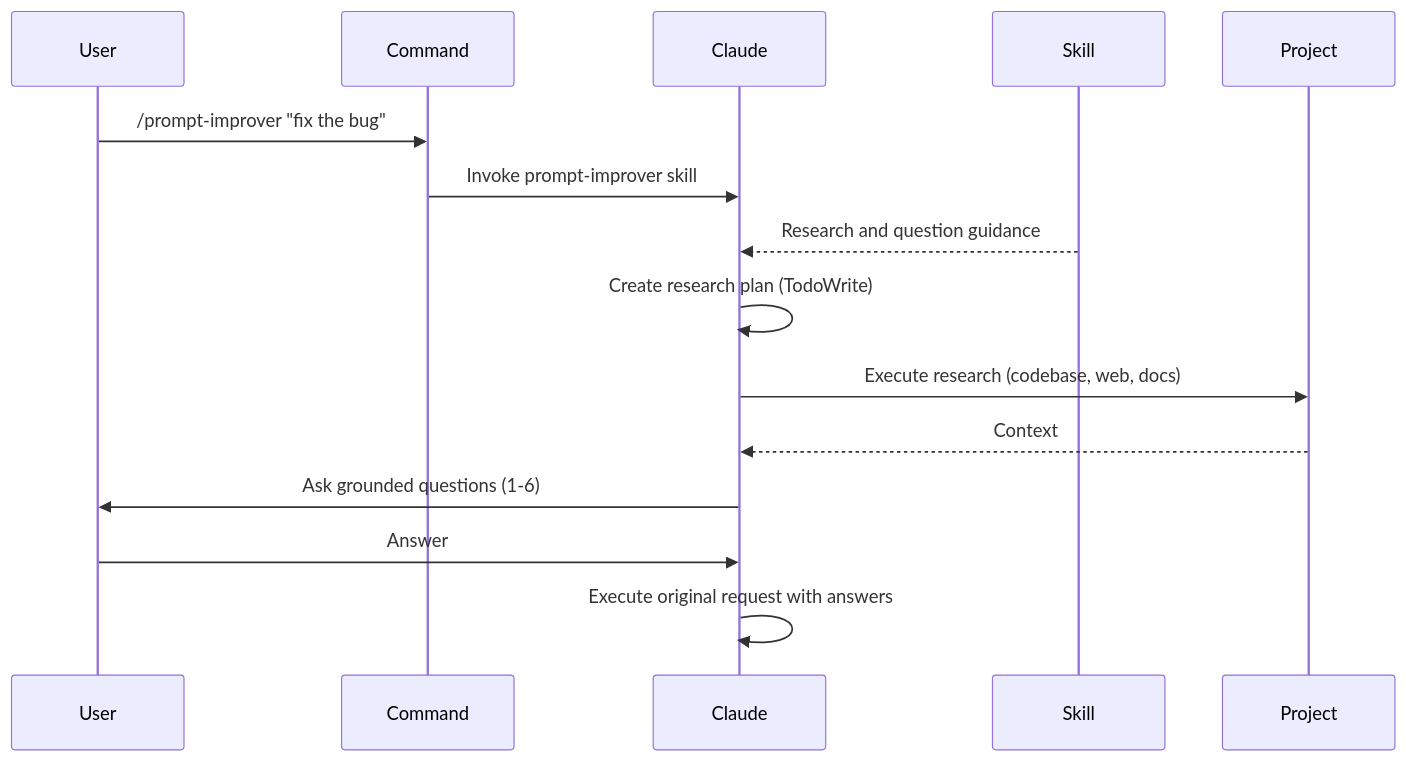
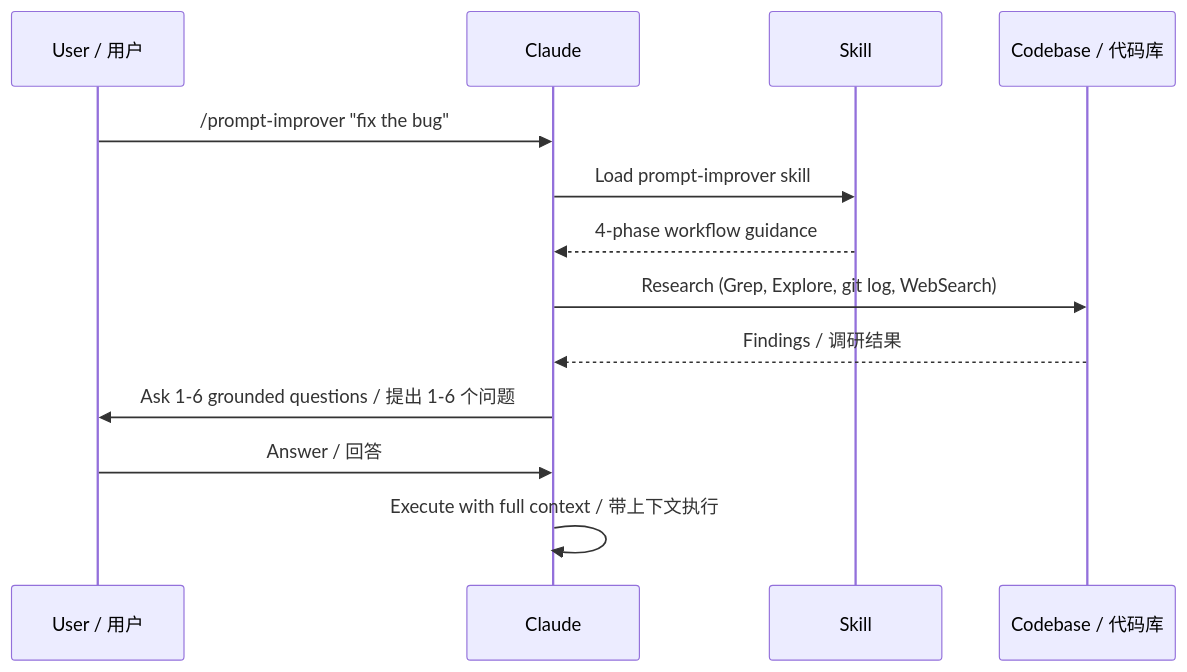
One commit to atompilot/claude-code-prompt-improver changed the diagram in README.md. Above: the diagram before and after it, drawn with Mermaid. The commit also changed other lines of this file and 1 other file, not shown here.

````diff
--- a/README.md
+++ b/README.md
@@ -18,18 +47,16 @@
 ```mermaid
 sequenceDiagram
-    participant User
-    participant Command
+    participant User as User / 用户
     participant Claude
     participant Skill
-    participant Project
+    participant Project as Codebase / 代码库
 
-    User->>Command: /prompt-improver "fix the bug"
-    Command->>Claude: Invoke prompt-improver skill
-    Skill-->>Claude: Research and question guidance
-    Claude->>Claude: Create research plan (TodoWrite)
-    Claude->>Project: Execute research (codebase, web, docs)
-    Project-->>Claude: Context
-    Claude->>User: Ask grounded questions (1-6)
-    User->>Claude: Answer
-    Claude->>Claude: Execute original request with answers
+    User->>Claude: /prompt-improver "fix the bug"
+    Claude->>Skill: Load prompt-improver skill
+    Skill-->>Claude: 4-phase workflow guidance
+    Claude->>Project: Research (Grep, Explore, git log, WebSearch)
+    Project-->>Claude: Findings / 调研结果
+    Claude->>User: Ask 1-6 grounded questions / 提出 1-6 个问题
+    User->>Claude: Answer / 回答
+    Claude->>Claude: Execute with full context / 带上下文执行
 ```
````
